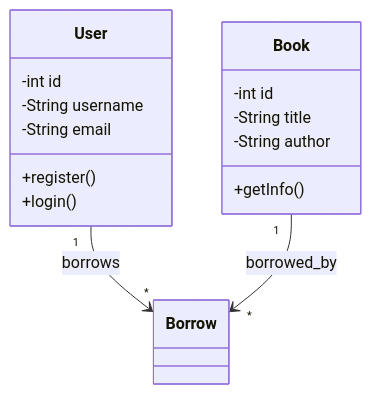
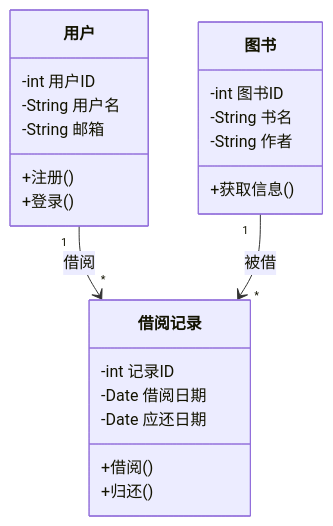
The diagram in prompts/class_diagram.md (YxY09/ReqDesign-Agent), drawn with Mermaid before and after one commit. The commit also changed other lines of this file, not shown here.

Commit message:
fix: 类图Prompt改用中文类名，改善一致性得分

````diff
--- a/prompts/class_diagram.md
+++ b/prompts/class_diagram.md
@@ -26,18 +27,25 @@
 ```mermaid
 classDiagram
-    class User {
-        -int id
-        -String username
-        -String email
-        +register()
-        +login()
+    class 用户 {
+        -int 用户ID
+        -String 用户名
+        -String 邮箱
+        +注册()
+        +登录()
     }
-    class Book {
-        -int id
-        -String title
-        -String author
-        +getInfo()
+    class 图书 {
+        -int 图书ID
+        -String 书名
+        -String 作者
+        +获取信息()
     }
-    User "1" --> "*" Borrow : borrows
-    Book "1" --> "*" Borrow : borrowed_by
+    class 借阅记录 {
+        -int 记录ID
+        -Date 借阅日期
+        -Date 应还日期
+        +借阅()
+        +归还()
+    }
+    用户 "1" --> "*" 借阅记录 : 借阅
+    图书 "1" --> "*" 借阅记录 : 被借
 ```
````
